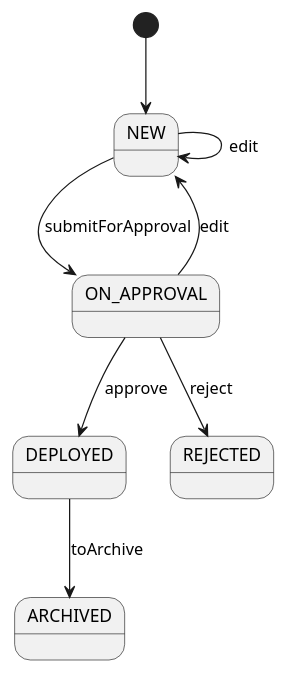
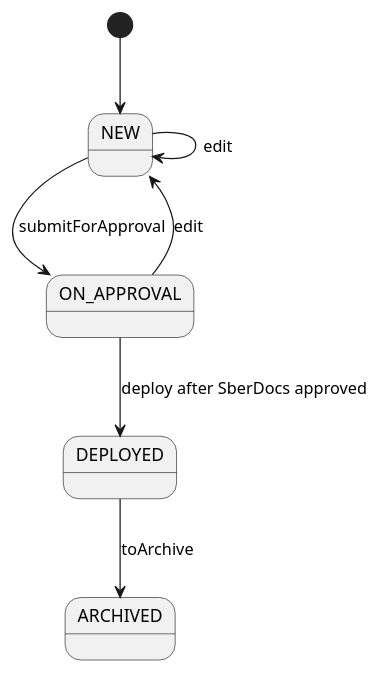
Before and after one commit to shuhart75/changeswork-copy: the diagram in features/deployments/domain-impact.md, drawn with PlantUML. The commit also changed other lines of this file and 90 other files, not shown here.

````diff
--- a/features/deployments/domain-impact.md
+++ b/features/deployments/domain-impact.md
@@ -41,11 +47,10 @@
 ```plantuml
 @startuml
 [*] --> NEW
 NEW --> NEW : edit
 NEW --> ON_APPROVAL : submitForApproval
 ON_APPROVAL --> NEW : edit
-ON_APPROVAL --> DEPLOYED : approve
-ON_APPROVAL --> REJECTED : reject
+ON_APPROVAL --> DEPLOYED : deploy after SberDocs approved
 DEPLOYED --> ARCHIVED : toArchive
 @enduml
 ```
````
